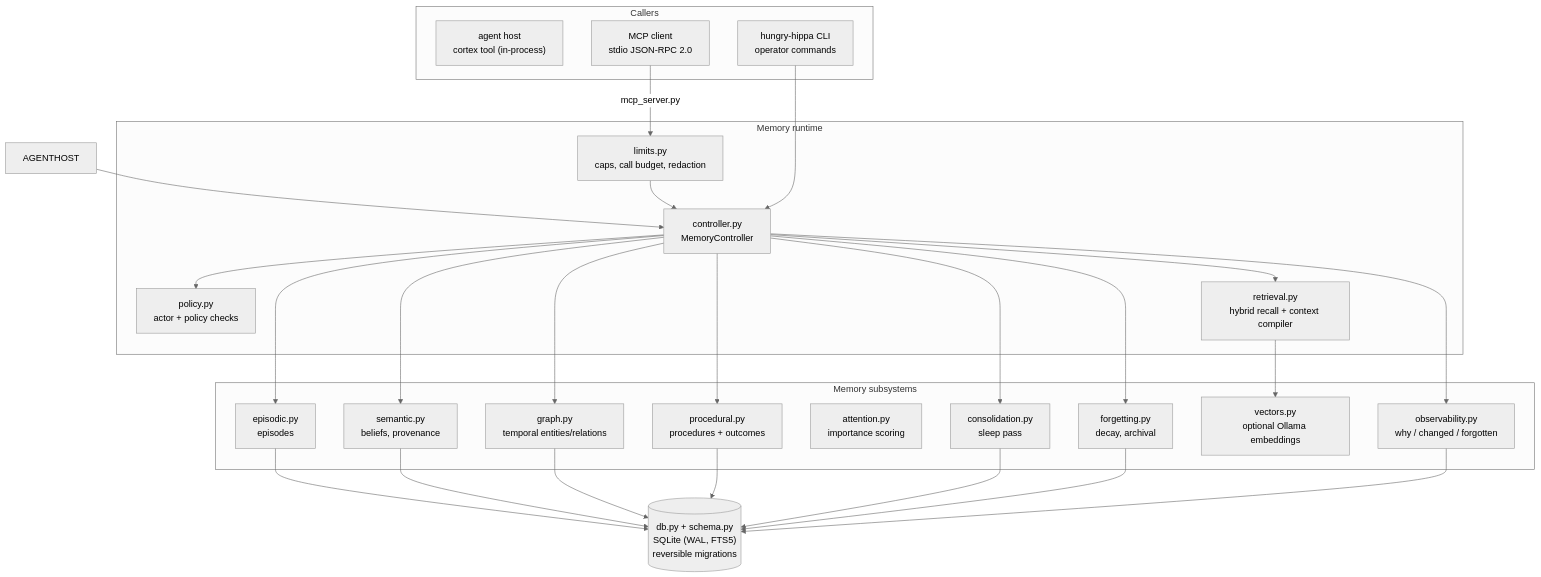
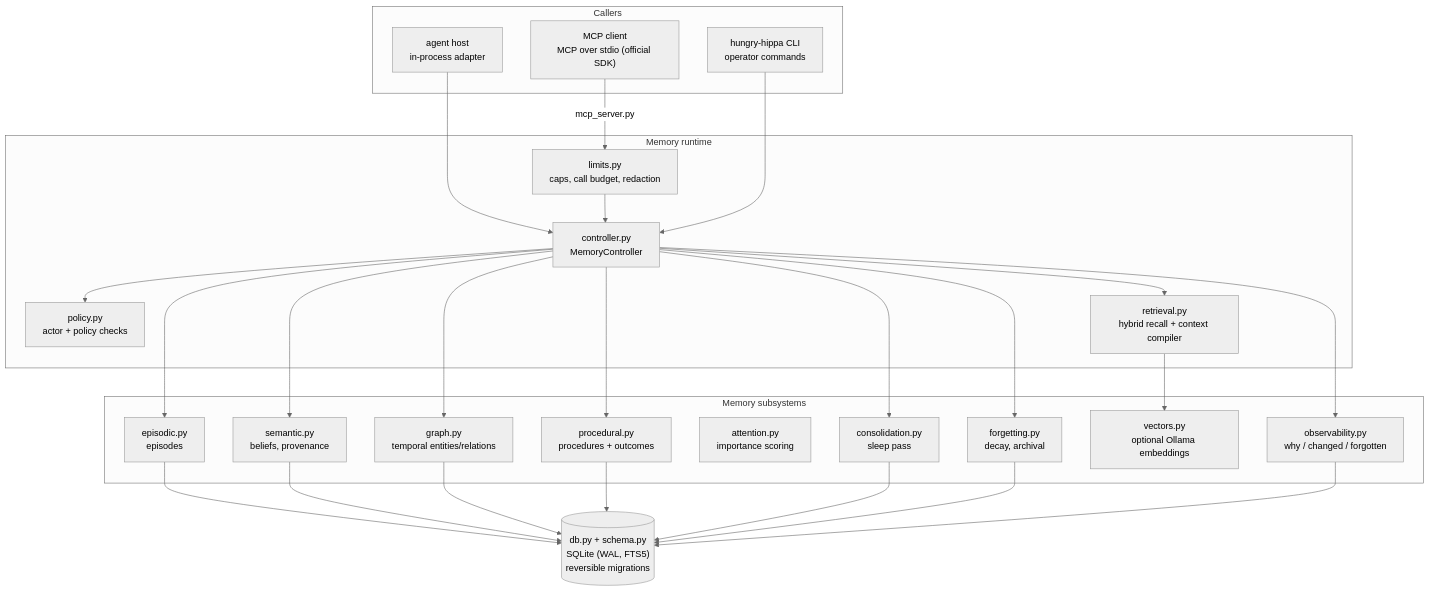
Before and after one commit to TRUE-BLUE-INDUSTRIES/hungry-hippa: the diagram in README.md, drawn with Mermaid (neutral theme). The commit also changed other lines of this file and 11 other files, not shown here.

````diff
--- a/README.md
+++ b/README.md
@@ -96,51 +122,51 @@
 ```mermaid
 flowchart TB
     subgraph clients["Callers"]
-        HOST["agent host<br/>cortex tool (in-process)"]
-        MCPC["MCP client<br/>stdio JSON-RPC 2.0"]
+        HOST["agent host<br/>in-process adapter"]
+        MCPC["MCP client<br/>MCP over stdio (official SDK)"]
         CLI["hungry-hippa CLI<br/>operator commands"]
     end
 
     subgraph runtime["Memory runtime"]
         CTRL["controller.py<br/>MemoryController"]
         POLICY["policy.py<br/>actor + policy checks"]
         LIMITS["limits.py<br/>caps, call budget, redaction"]
         RET["retrieval.py<br/>hybrid recall + context compiler"]
     end
 
     subgraph memory["Memory subsystems"]
         EPI["episodic.py<br/>episodes"]
         SEM["semantic.py<br/>beliefs, provenance"]
         GRAPH["graph.py<br/>temporal entities/relations"]
         PROC["procedural.py<br/>procedures + outcomes"]
         ATTN["attention.py<br/>importance scoring"]
         CONS["consolidation.py<br/>sleep pass"]
         FORG["forgetting.py<br/>decay, archival"]
         VEC["vectors.py<br/>optional Ollama embeddings"]
         OBS["observability.py<br/>why / changed / forgotten"]
     end
 
     DB[("db.py + schema.py<br/>SQLite (WAL, FTS5)<br/>reversible migrations")]
 
-    AGENTHOST --> CTRL
+    HOST --> CTRL
     MCPC -->|"mcp_server.py"| LIMITS
     LIMITS --> CTRL
     CLI --> CTRL
     CTRL --> POLICY
     CTRL --> RET
     CTRL --> EPI
     CTRL --> SEM
     CTRL --> GRAPH
     CTRL --> PROC
     CTRL --> CONS
     CTRL --> FORG
     CTRL --> OBS
     RET --> VEC
     EPI --> DB
     SEM --> DB
     GRAPH --> DB
     PROC --> DB
     CONS --> DB
     FORG --> DB
     OBS --> DB
 ```
````
